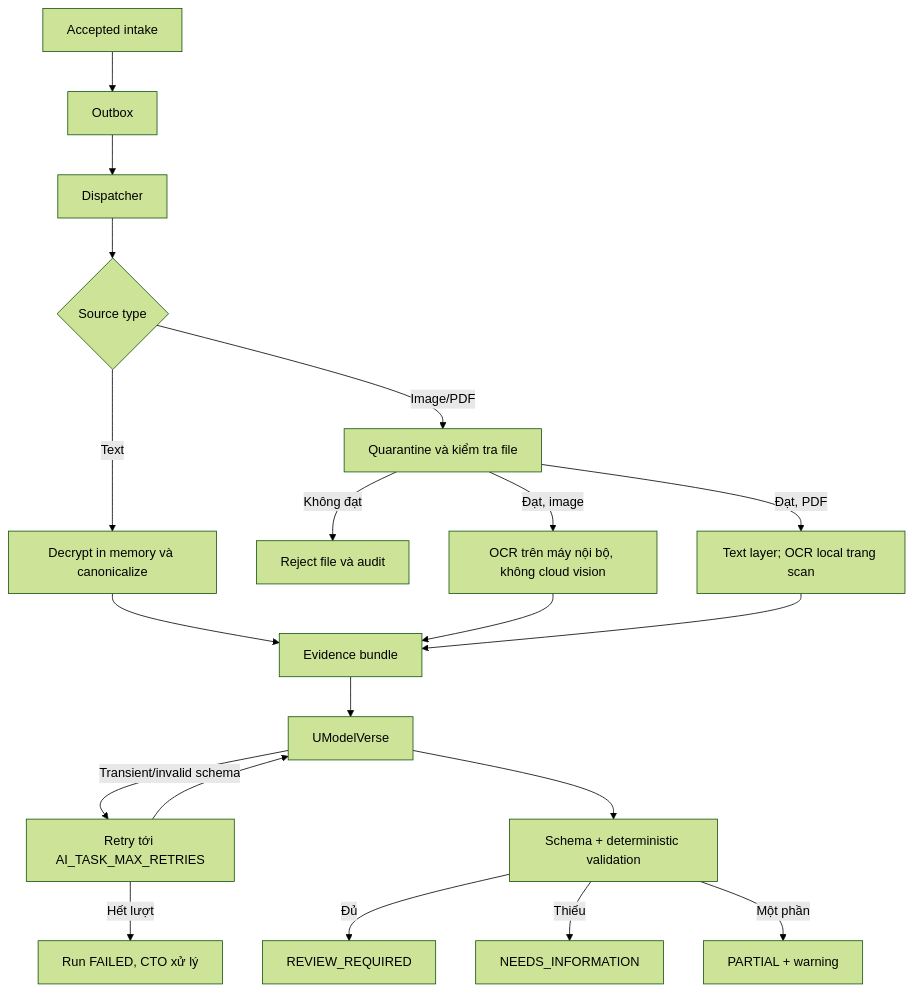
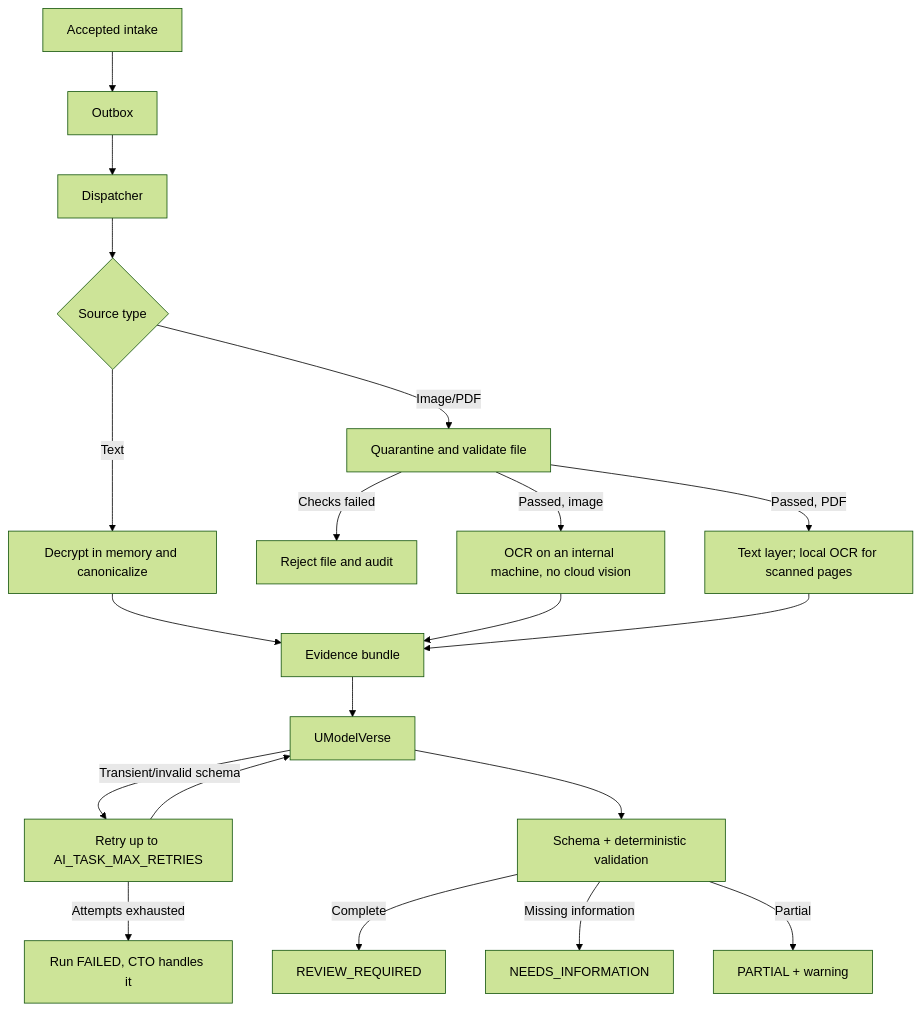
Before and after one commit to ZiniSoft/intake: the fourth of 11 diagrams in docs/stable/flows.md, drawn with Mermaid (forest theme). The commit also changed other lines of this file and 70 other files, not shown here.

````diff
--- a/docs/stable/flows.md
+++ b/docs/stable/flows.md
@@ -81,22 +81,22 @@
 ```mermaid
 flowchart TD
     I[Accepted intake] --> O[Outbox]
     O --> D[Dispatcher]
     D --> S{Source type}
-    S -->|Text| TXT[Decrypt in memory và canonicalize]
-    S -->|Image/PDF| SCAN[Quarantine và kiểm tra file]
-    SCAN -->|Không đạt| REJ[Reject file và audit]
-    SCAN -->|Đạt, image| VIS[OCR trên máy nội bộ, không cloud vision]
-    SCAN -->|Đạt, PDF| PDF[Text layer; OCR local trang scan]
+    S -->|Text| TXT[Decrypt in memory and canonicalize]
+    S -->|Image/PDF| SCAN[Quarantine and validate file]
+    SCAN -->|Checks failed| REJ[Reject file and audit]
+    SCAN -->|Passed, image| VIS[OCR on an internal machine, no cloud vision]
+    SCAN -->|Passed, PDF| PDF[Text layer; local OCR for scanned pages]
     TXT --> EV[Evidence bundle]
     VIS --> EV
     PDF --> EV
     EV --> AI[UModelVerse]
-    AI -->|Transient/invalid schema| RT[Retry tới AI_TASK_MAX_RETRIES]
-    RT -->|Hết lượt| FAIL[Run FAILED, CTO xử lý]
+    AI -->|Transient/invalid schema| RT[Retry up to AI_TASK_MAX_RETRIES]
+    RT -->|Attempts exhausted| FAIL[Run FAILED, CTO handles it]
     RT --> AI
     AI --> VAL[Schema + deterministic validation]
-    VAL -->|Đủ| REVIEW[REVIEW_REQUIRED]
-    VAL -->|Thiếu| INFO[NEEDS_INFORMATION]
-    VAL -->|Một phần| PART[PARTIAL + warning]
+    VAL -->|Complete| REVIEW[REVIEW_REQUIRED]
+    VAL -->|Missing information| INFO[NEEDS_INFORMATION]
+    VAL -->|Partial| PART[PARTIAL + warning]
 ```
````
